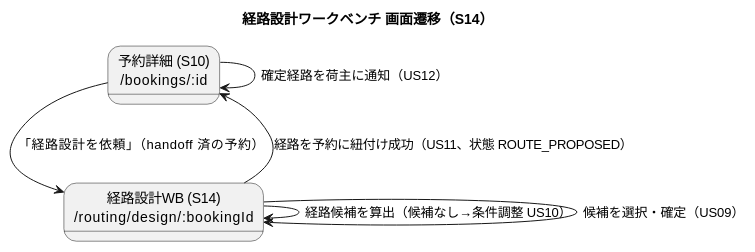
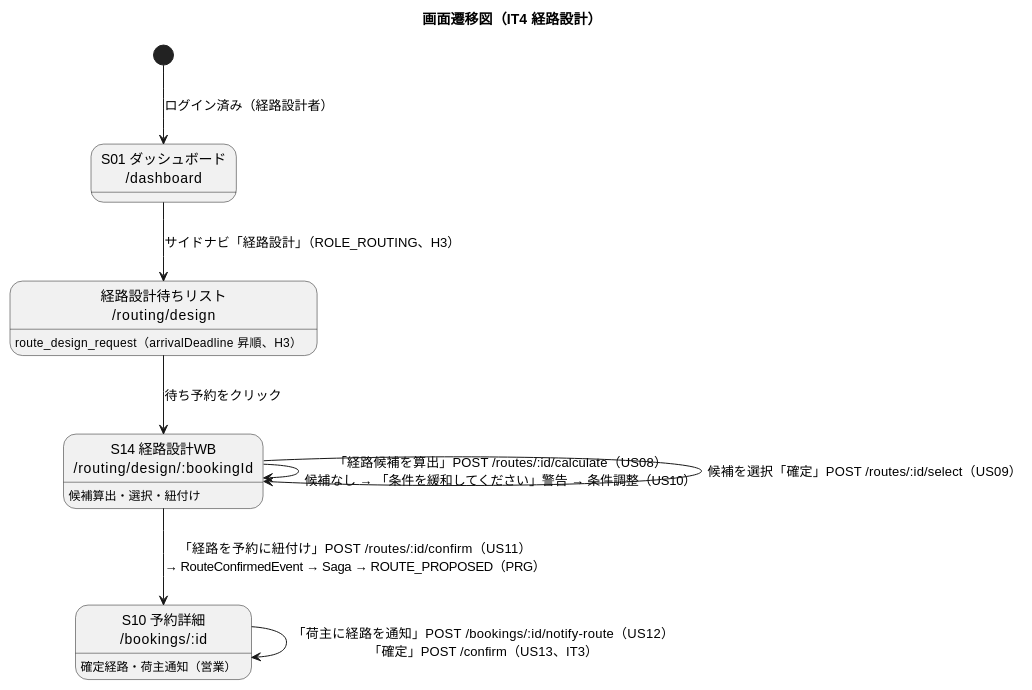
The eighth of 8 diagrams in docs/development/iteration_plan-4.md (k2works/case-study-cargo-tracker), drawn with PlantUML before and after one commit. The commit also changed other lines of this file, not shown here.

````diff
--- a/docs/development/iteration_plan-4.md
+++ b/docs/development/iteration_plan-4.md
@@ -359,14 +594,19 @@
 ```plantuml
 @startuml
-title 経路設計ワークベンチ 画面遷移（S14）
+title 画面遷移図（IT4 経路設計）
 
-state "予約詳細 (S10)\n/bookings/:id" as detail
-state "経路設計WB (S14)\n/routing/design/:bookingId" as wb
+[*] --> S01 : ログイン済み（経路設計者）
 
-detail --> wb : 「経路設計を依頼」（handoff 済の予約）
-wb --> wb : 経路候補を算出（候補なし→条件調整 US10）
-wb --> wb : 候補を選択・確定（US09）
-wb --> detail : 経路を予約に紐付け成功（US11、状態 ROUTE_PROPOSED）
-detail --> detail : 確定経路を荷主に通知（US12）
+state "S01 ダッシュボード\n/dashboard" as S01
+state "経路設計待ちリスト\n/routing/design" as LIST : route_design_request（arrivalDeadline 昇順、H3）
+state "S14 経路設計WB\n/routing/design/:bookingId" as S14 : 候補算出・選択・紐付け
+state "S10 予約詳細\n/bookings/:id" as S10 : 確定経路・荷主通知（営業）
+
+S01 --> LIST : サイドナビ「経路設計」（ROLE_ROUTING、H3）
+LIST --> S14 : 待ち予約をクリック
+S14 --> S14 : 「経路候補を算出」POST /routes/:id/calculate（US08）\n候補なし → 「条件を緩和してください」警告 → 条件調整（US10）
+S14 --> S14 : 候補を選択「確定」POST /routes/:id/select（US09）
+S14 --> S10 : 「経路を予約に紐付け」POST /routes/:id/confirm（US11）\n→ RouteConfirmedEvent → Saga → ROUTE_PROPOSED（PRG）
+S10 --> S10 : 「荷主に経路を通知」POST /bookings/:id/notify-route（US12）\n「確定」POST /confirm（US13、IT3）
 @enduml
 ```
````
